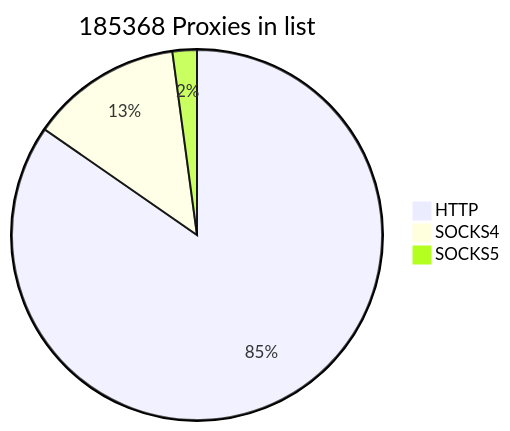
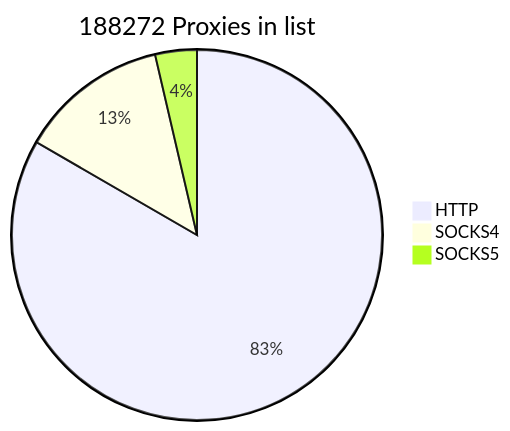
The first of 2 diagrams in README.md (cutipu/proxylist), drawn with Mermaid before and after one commit. The commit also changed other lines of this file, not shown here.

````diff
--- a/README.md
+++ b/README.md
@@ -2,7 +2,7 @@
 ```mermaid
-pie title 185368 Proxies in list
-    "HTTP" : 156914
-    "SOCKS4" : 24506
-    "SOCKS5" : 3948
+pie title 188272 Proxies in list
+    "HTTP" : 156915
+    "SOCKS4" : 24509
+    "SOCKS5" : 6848
             
 ```
````
